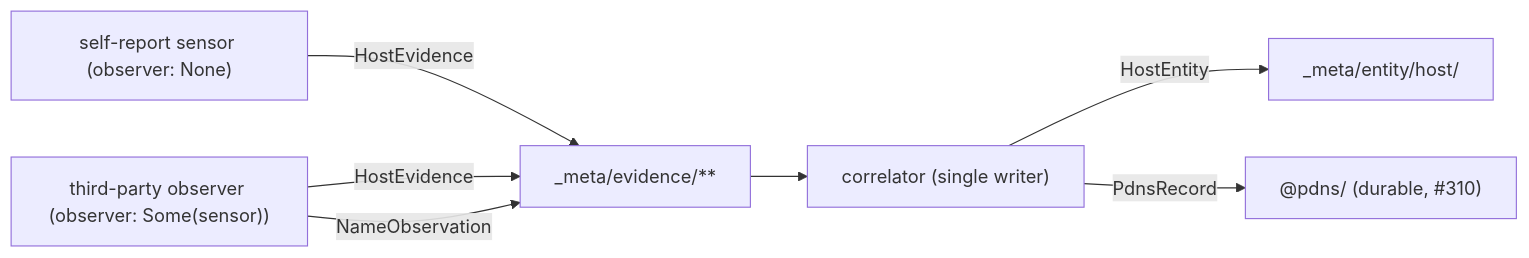
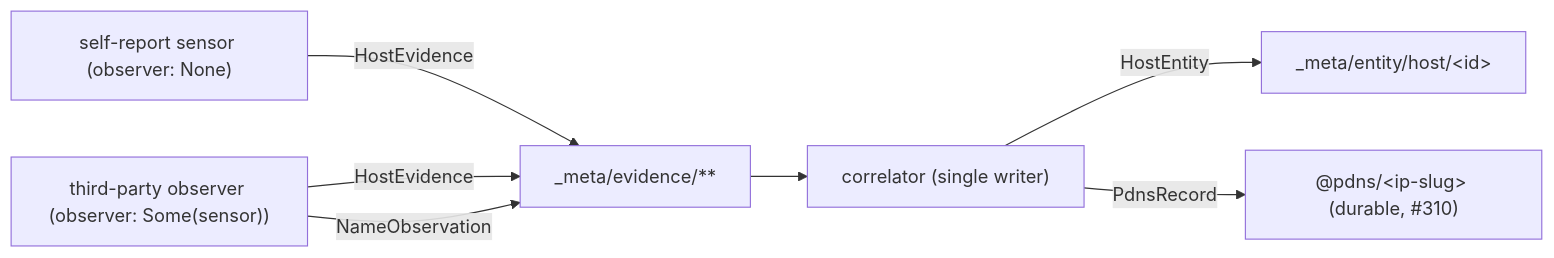
The diagram in zensight-common/docs/identity-evidence.md (p13marc/zensight), drawn with Mermaid before and after one commit. The commit also changed 3 other files, not shown here.

First line of the commit message:
docs: fix stale crate names + escape angle brackets in Mermaid labels

````diff
--- a/zensight-common/docs/identity-evidence.md
+++ b/zensight-common/docs/identity-evidence.md
@@ -12,9 +12,9 @@
 ```mermaid
 flowchart LR
     Self["self-report sensor (observer: None)"] -->|"HostEvidence"| Evidence["_meta/evidence/**"]
     Third["third-party observer (observer: Some(sensor))"] -->|"HostEvidence"| Evidence
     Third -->|"NameObservation"| Evidence
     Evidence --> Correlator["correlator (single writer)"]
-    Correlator -->|"HostEntity"| Entity["_meta/entity/host/<id>"]
-    Correlator -->|"PdnsRecord"| Pdns["@pdns/<ip-slug> (durable, #310)"]
+    Correlator -->|"HostEntity"| Entity["_meta/entity/host/&lt;id&gt;"]
+    Correlator -->|"PdnsRecord"| Pdns["@pdns/&lt;ip-slug&gt; (durable, #310)"]
 ```
````
